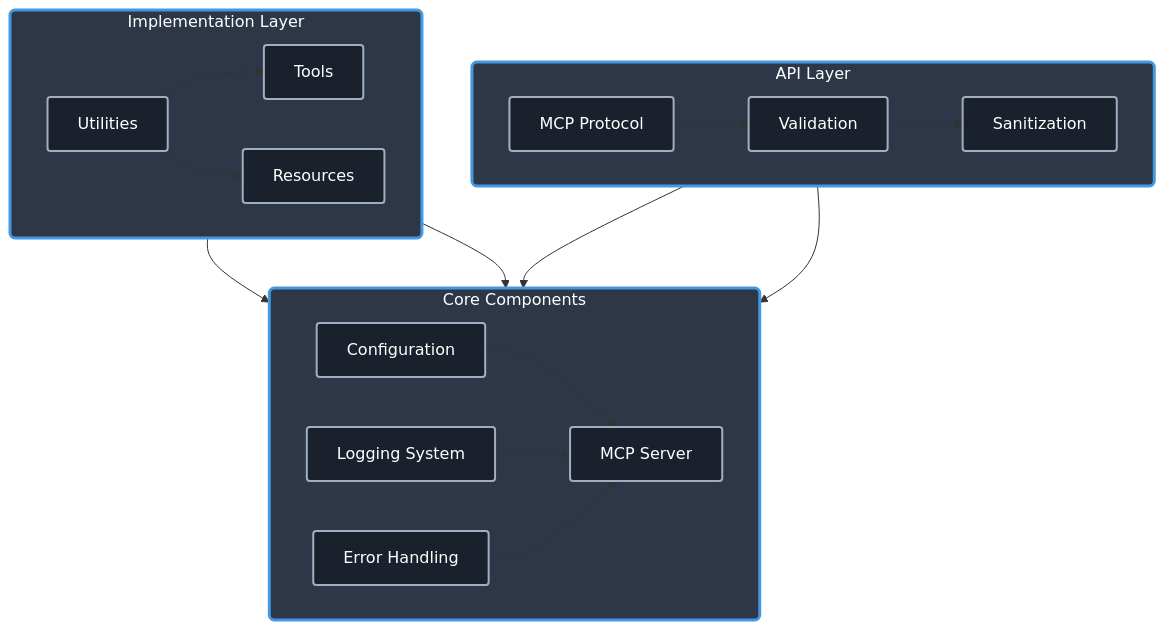
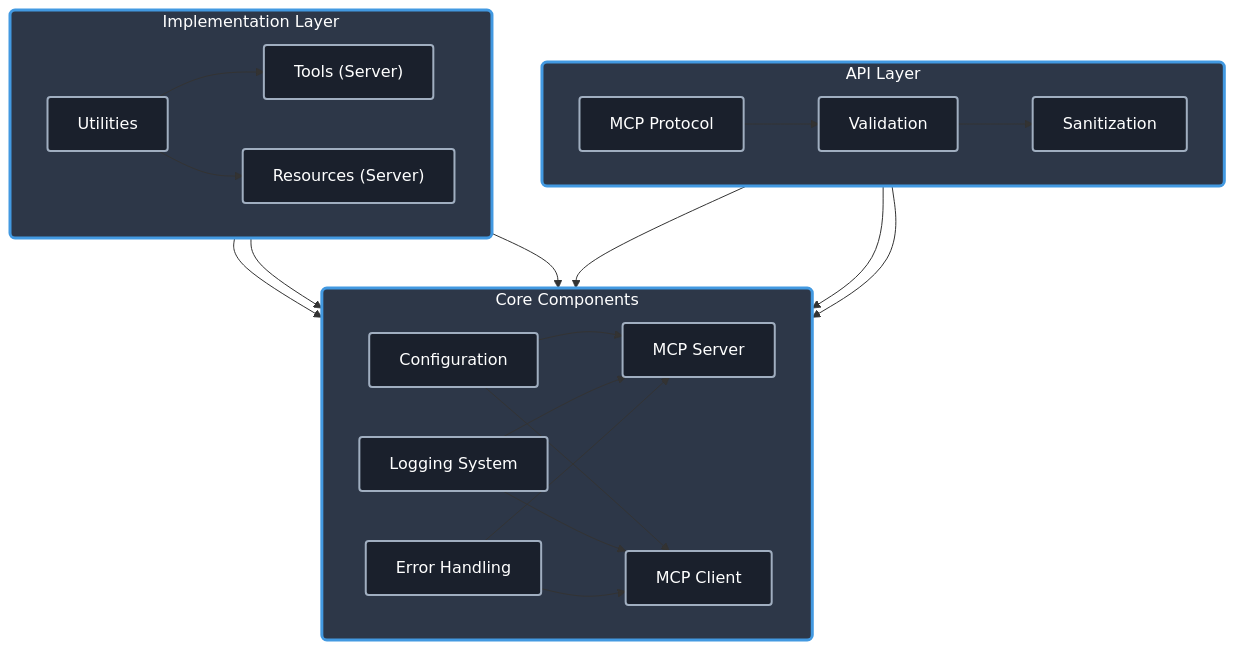
One commit to ryanbateman/hivemq-mcp changed the diagram in README.md. Above: the diagram before and after it, drawn with Mermaid. The commit also changed other lines of this file, not shown here.

Commit message:
docs: Update README with client info and resources link

````diff
--- a/README.md
+++ b/README.md
@@ -67,43 +71,49 @@
 ```mermaid
 flowchart TB
     subgraph API["API Layer"]
         direction LR
         MCP["MCP Protocol"]
         Val["Validation"]
         San["Sanitization"]
 
         MCP --> Val --> San
     end
 
     subgraph Core["Core Components"]
         direction LR
         Config["Configuration"]
         Logger["Logging System"]
         Error["Error Handling"]
         Server["MCP Server"]
+        Client["MCP Client"]
 
         Config --> Server
+        Config --> Client
         Logger --> Server
+        Logger --> Client
         Error --> Server
+        Error --> Client
     end
 
     subgraph Implementation["Implementation Layer"]
         direction LR
-        Tool["Tools"]
-        Resource["Resources"]
+        Tool["Tools (Server)"]
+        Resource["Resources (Server)"]
         Util["Utilities"]
 
         Tool --> Server
         Resource --> Server
         Util --> Tool
         Util --> Resource
+        Util --> Client
     end
 
     San --> Config
     San --> Server
+    San --> Client
 
     classDef layer fill:#2d3748,stroke:#4299e1,stroke-width:3px,rx:5,color:#fff
     classDef component fill:#1a202c,stroke:#a0aec0,stroke-width:2px,rx:3,color:#fff
     class API,Core,Implementation layer
-    class MCP,Val,San,Config,Logger,Error,Server,Tool,Resource,Util component
+    class MCP,Val,San,Config,Logger,Error,Server,Client,Tool,Resource,Util component
 ```
````
